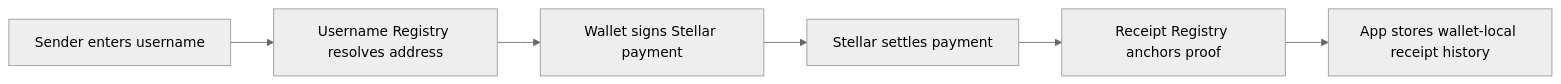
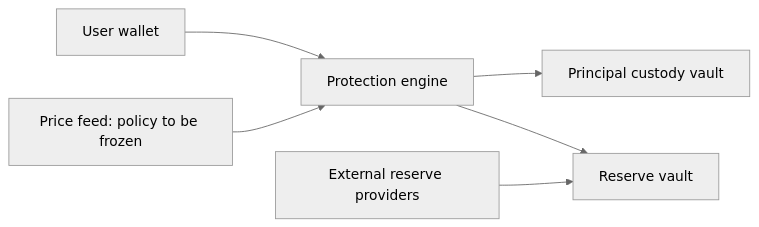
The diagram in smart-contracts/architecture.mdx (CoverFI-space/coverfi-docs), drawn with Mermaid (neutral theme) before and after one commit. The commit also changed other lines of this file and 30 other files, not shown here.

````diff
--- a/smart-contracts/architecture.mdx
+++ b/smart-contracts/architecture.mdx
@@ -67,8 +18,8 @@
 ```mermaid
 flowchart LR
-  A[Sender enters username] --> B[Username Registry resolves address]
-  B --> C[Wallet signs Stellar payment]
-  C --> D[Stellar settles payment]
-  D --> E[Receipt Registry anchors proof]
-  E --> F[App stores wallet-local receipt history]
+  W[User wallet] --> E[Protection engine]
+  P[Price feed: policy to be frozen] --> E
+  E --> V[Principal custody vault]
+  E --> R[Reserve vault]
+  L[External reserve providers] --> R
 ```
````
